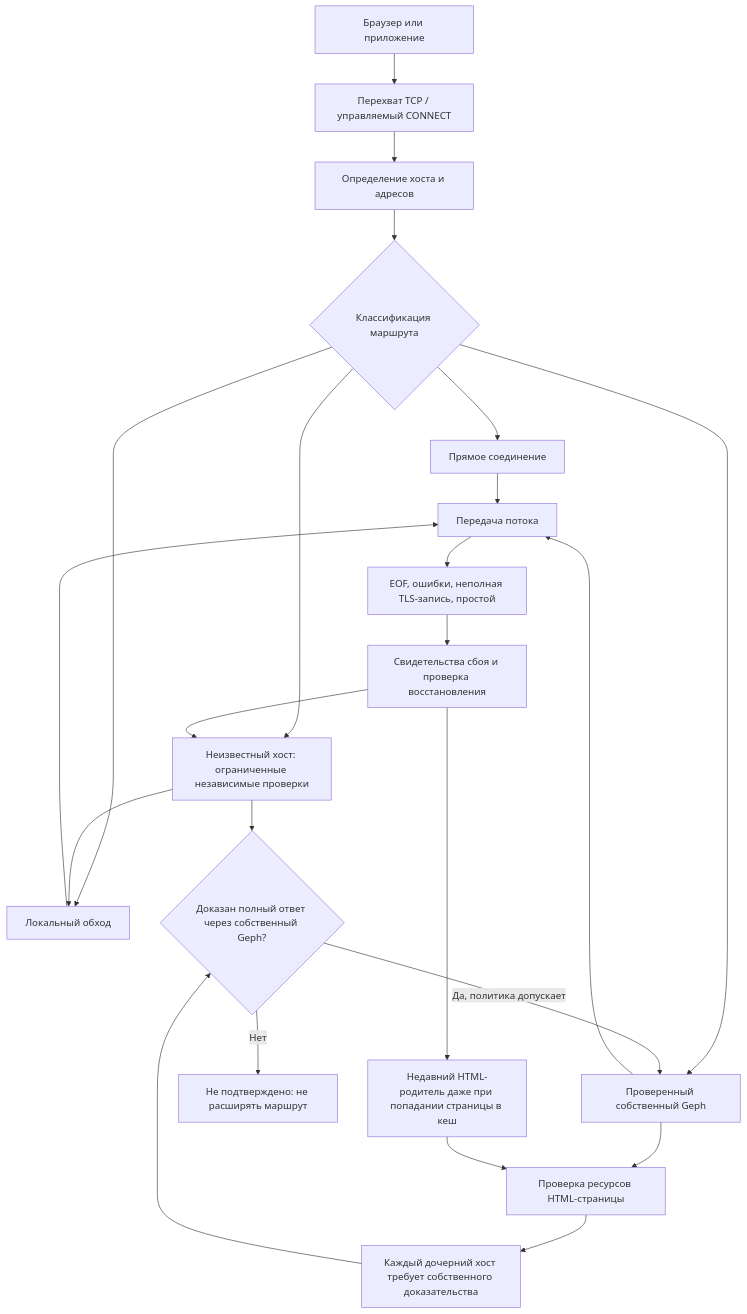
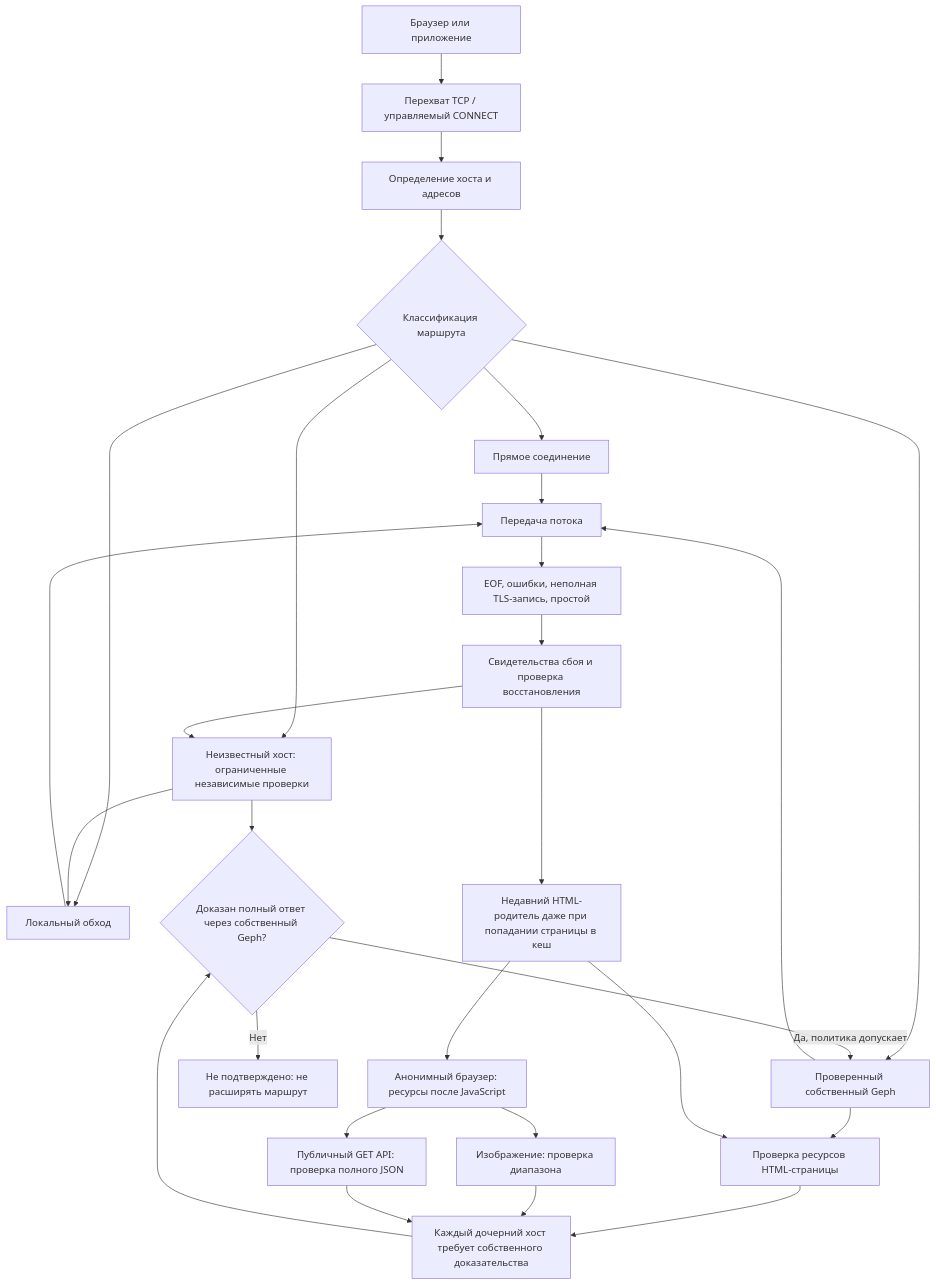
One commit to aiwaki/slipstream changed the diagram in docs/DIAGNOSTIC_MAP.md. Above: the diagram before and after it, drawn with Mermaid. The commit also changed other lines of this file and 4 other files, not shown here.

````diff
--- a/docs/DIAGNOSTIC_MAP.md
+++ b/docs/DIAGNOSTIC_MAP.md
@@ -11,25 +12,30 @@
 ```mermaid
 flowchart TD
     App[Браузер или приложение] --> Entry[Перехват TCP / управляемый CONNECT]
     Entry --> Host[Определение хоста и адресов]
     Host --> Policy{Классификация маршрута}
     Policy --> Direct[Прямое соединение]
     Policy --> Local[Локальный обход]
     Policy --> Geo[Проверенный собственный Geph]
     Policy --> Unknown[Неизвестный хост: ограниченные независимые проверки]
     Unknown --> Local
     Unknown --> Proof{Доказан полный ответ через собственный Geph?}
     Proof -->|Да, политика допускает| Geo
     Proof -->|Нет| Unresolved[Не подтверждено: не расширять маршрут]
     Direct --> Relay[Передача потока]
     Local --> Relay
     Geo --> Relay
     Relay --> Observe[EOF, ошибки, неполная TLS-запись, простой]
     Observe --> Evidence[Свидетельства сбоя и проверка восстановления]
     Evidence --> Unknown
     Geo --> Parent[Проверка ресурсов HTML-страницы]
     Parent --> Child[Каждый дочерний хост требует собственного доказательства]
     Child --> Proof
     Evidence --> Cached[Недавний HTML-родитель даже при попадании страницы в кеш]
     Cached --> Parent
+    Cached --> Browser[Анонимный браузер: ресурсы после JavaScript]
+    Browser --> Image[Изображение: проверка диапазона]
+    Browser --> API[Публичный GET API: проверка полного JSON]
+    Image --> Child
+    API --> Child
 ```
````
